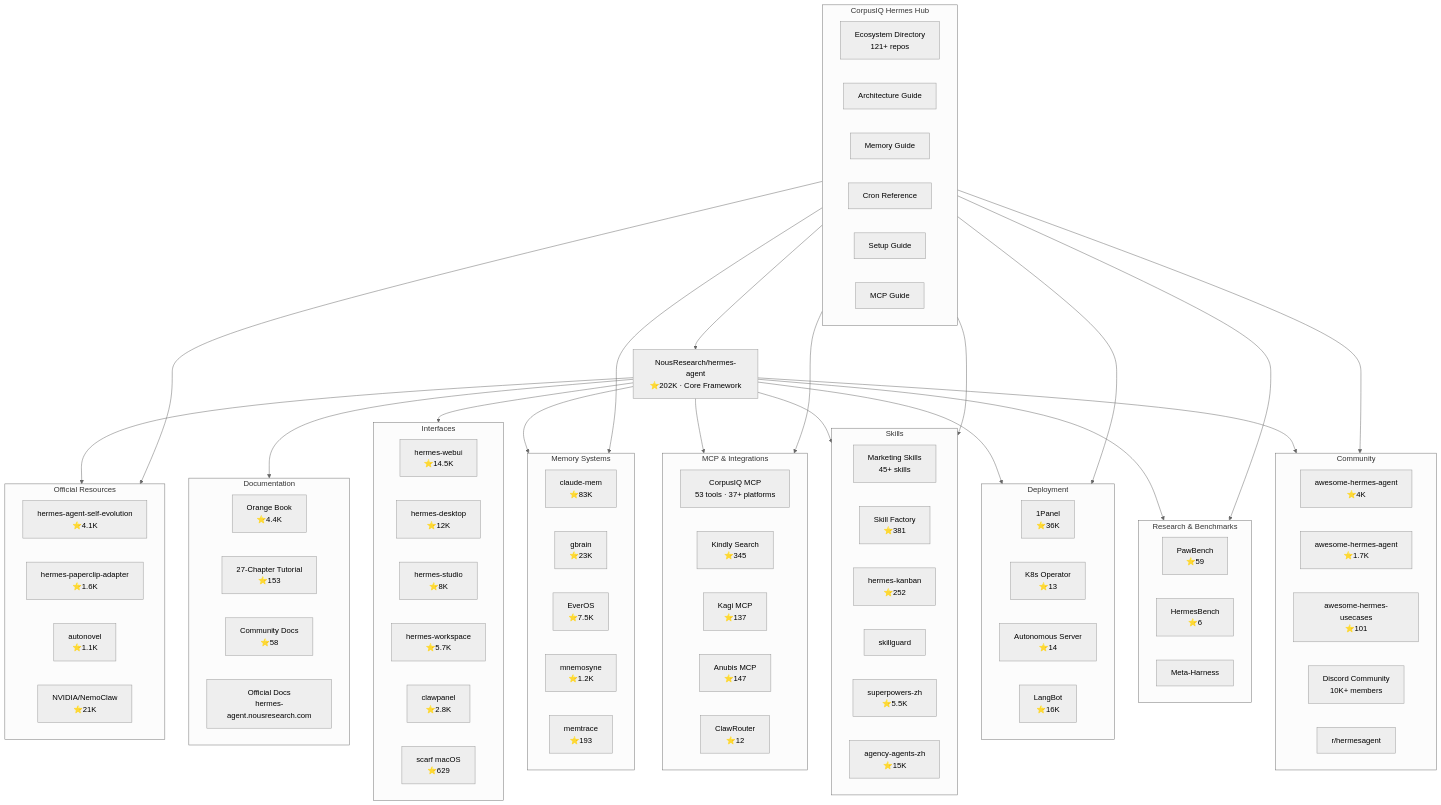
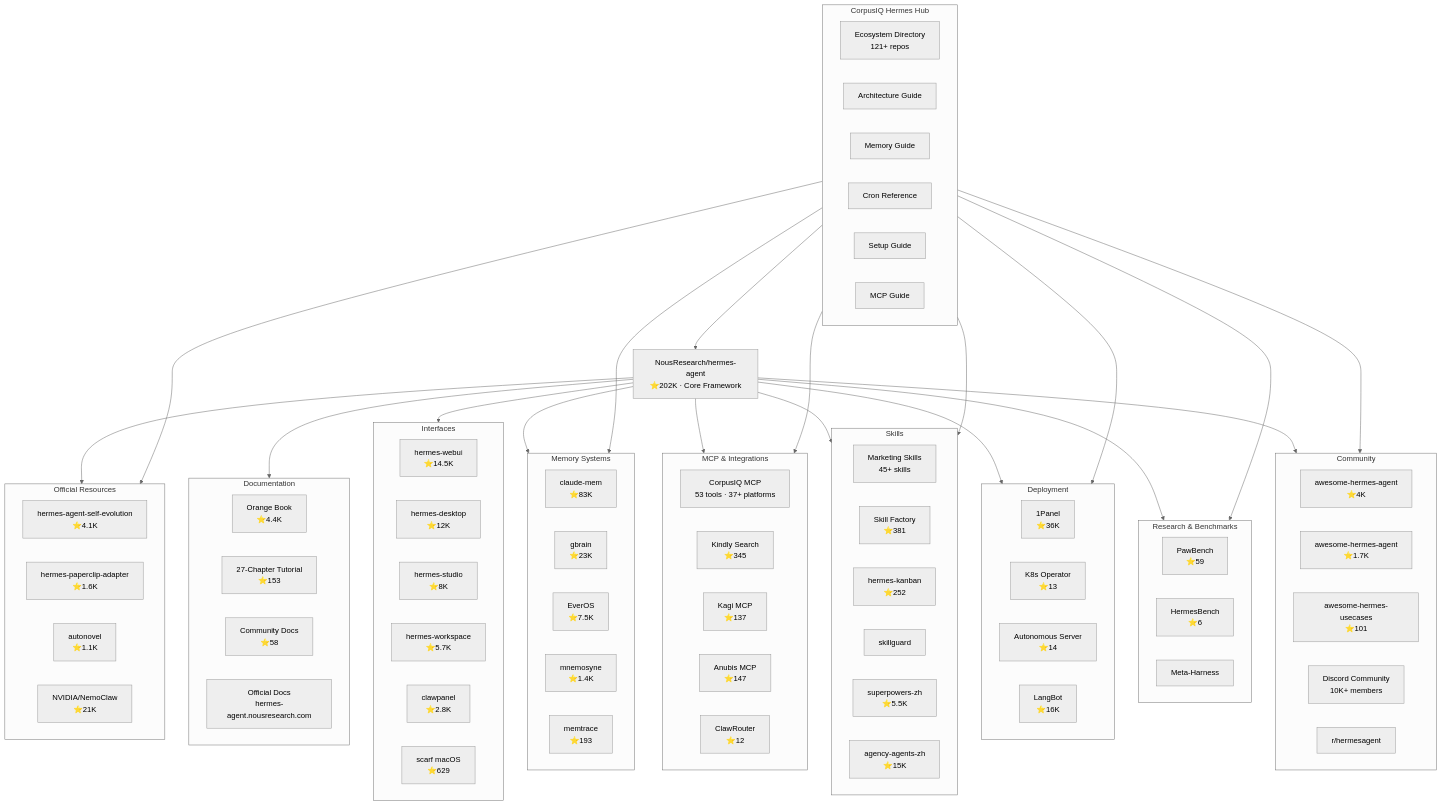
The first of 4 diagrams in hermes/ecosystem-map.md (CorpusIQ/corpusiq-docs), drawn with Mermaid (neutral theme) before and after one commit. The commit also changed 6 other files, not shown here.

```diff
--- a/hermes/ecosystem-map.md
+++ b/hermes/ecosystem-map.md
@@ -40,7 +40,7 @@
         CLAUDEMEM[claude-mem<br/>⭐83K]
         GBRAIN[gbrain<br/>⭐23K]
         EVEROS[EverOS<br/>⭐7.5K]
-        MNEMOSYNE[mnemosyne<br/>⭐1.2K]
+        MNEMOSYNE[mnemosyne<br/>⭐1.4K]
         MEMTRACE[memtrace<br/>⭐193]
     end
 
```
